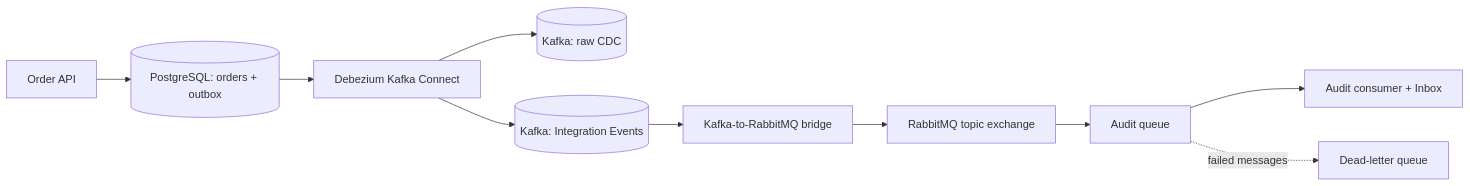
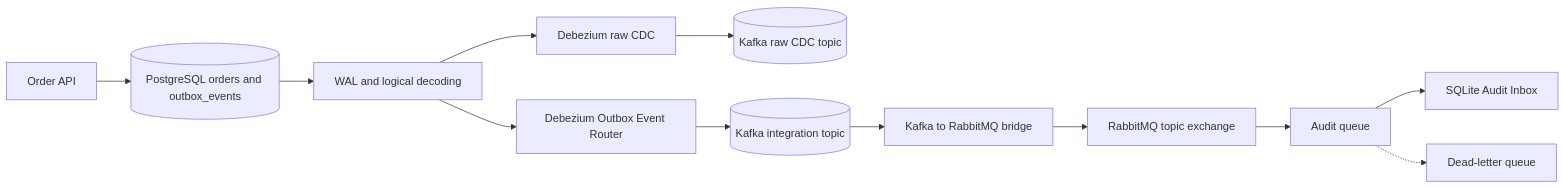
Before and after one commit to saverioieva/information-systems-design-big-data-examples: the second of 3 diagrams in event-driven-architecture/README.md, drawn with Mermaid. The commit also changed other lines of this file and 107 other files, not shown here.

````diff
--- a/event-driven-architecture/README.md
+++ b/event-driven-architecture/README.md
@@ -37,12 +43,14 @@
 ```mermaid
 flowchart LR
-    API[Order API] --> DB[(PostgreSQL: orders + outbox)]
-    DB --> D[Debezium Kafka Connect]
-    D --> RAW[(Kafka: raw CDC)]
-    D --> EV[(Kafka: Integration Events)]
-    EV --> BR[Kafka-to-RabbitMQ bridge]
-    BR --> EX[RabbitMQ topic exchange]
-    EX --> Q[Audit queue]
-    Q --> IN[Audit consumer + Inbox]
-    Q -. failed messages .-> DLQ[Dead-letter queue]
+    API[Order API] --> DB[(PostgreSQL orders and outbox_events)]
+    DB --> WAL[WAL and logical decoding]
+    WAL --> Raw[Debezium raw CDC]
+    WAL --> Router[Debezium Outbox Event Router]
+    Raw --> KRaw[(Kafka raw CDC topic)]
+    Router --> KEvt[(Kafka integration topic)]
+    KEvt --> Bridge[Kafka to RabbitMQ bridge]
+    Bridge --> Exchange[RabbitMQ topic exchange]
+    Exchange --> Queue[Audit queue]
+    Queue --> Inbox[SQLite Audit Inbox]
+    Queue -.-> DLQ[Dead-letter queue]
 ```
````
